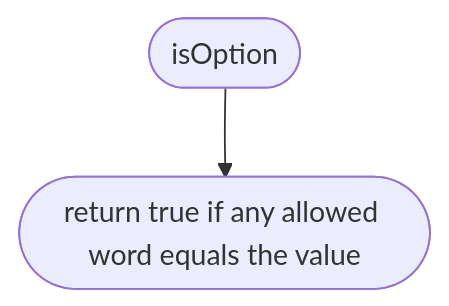
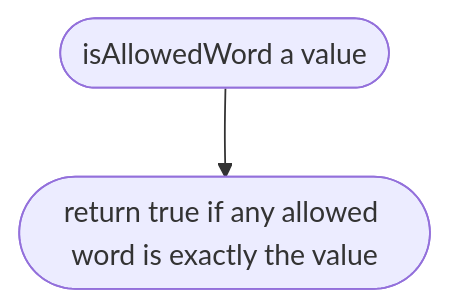
One commit to NewDara-Star/world-engine changed diagram 16 of 37 in docs/designs/src/place/parse.md. Above: the diagram before and after it, drawn with Mermaid. The commit also changed other lines of this file and 9 other files, not shown here.

````diff
--- a/docs/designs/src/place/parse.md
+++ b/docs/designs/src/place/parse.md
@@ -144,6 +237,6 @@
 ```mermaid
 flowchart TD
-  s(["isOption"])
-  a(["return true if any allowed word equals the value"])
+  s(["isAllowedWord a value"])
+  a(["return true if any allowed word is exactly the value"])
   s --> a
 ```
````
